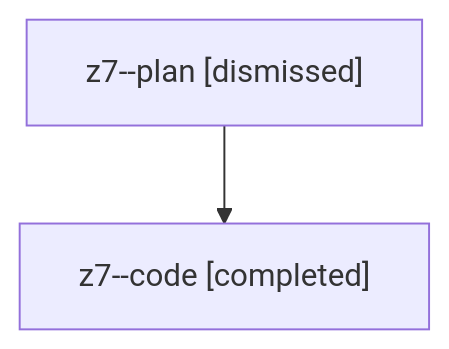
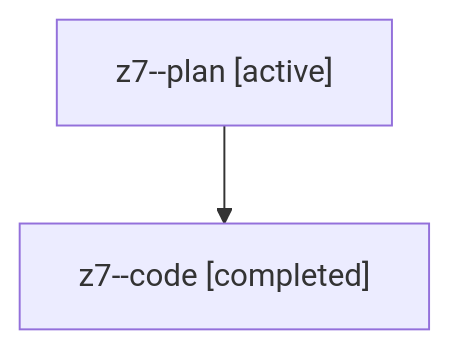
One commit to sase-org/sase--agents changed the diagram in families/bbugyi200.athena.z7.md. Above: the diagram before and after it, drawn with Mermaid. The commit also changed other lines of this file and 35830 other files, not shown here.

````diff
--- a/families/bbugyi200.athena.z7.md
+++ b/families/bbugyi200.athena.z7.md
@@ -9,6 +9,6 @@
 ```mermaid
 flowchart TD
-  n0["z7--plan [dismissed]"]
+  n0["z7--plan [active]"]
   n1["z7--code [completed]"]
   n0 --> n1
 ```
````
